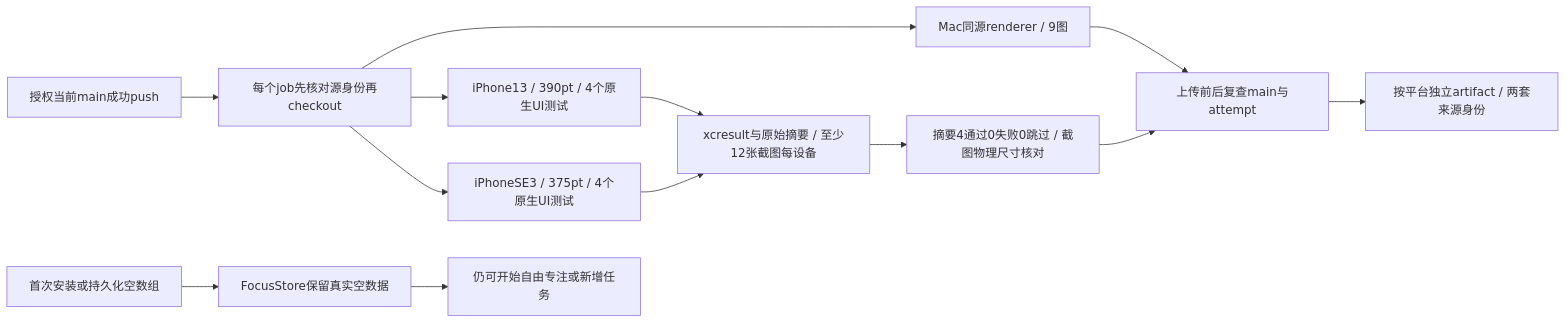
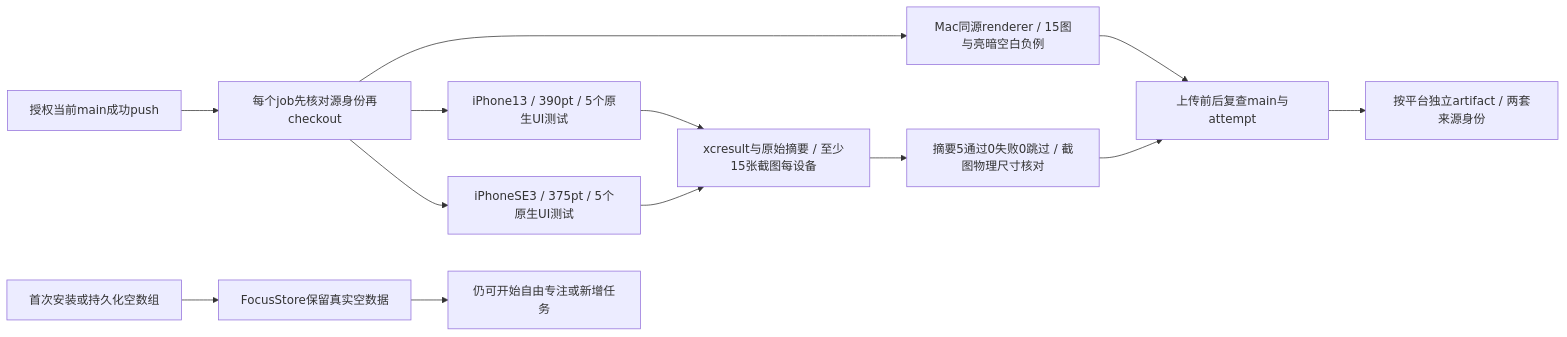
Before and after one commit to Altman-sam114/114: the third of 10 diagrams in md/flow/flowchart.md, drawn with Mermaid. The commit also changed other lines of this file and 22 other files, not shown here.

````diff
--- a/md/flow/flowchart.md
+++ b/md/flow/flowchart.md
@@ -22,15 +39,15 @@
 ```mermaid
 flowchart LR
   SOURCE[授权当前main成功push] --> GATE[每个job先核对源身份再checkout]
-  GATE --> MAC[Mac同源renderer / 9图]
-  GATE --> PHONE1[iPhone13 / 390pt / 4个原生UI测试]
-  GATE --> PHONE2[iPhoneSE3 / 375pt / 4个原生UI测试]
-  PHONE1 --> XC[xcresult与原始摘要 / 至少12张截图每设备]
+  GATE --> MAC[Mac同源renderer / 15图与亮暗空白负例]
+  GATE --> PHONE1[iPhone13 / 390pt / 5个原生UI测试]
+  GATE --> PHONE2[iPhoneSE3 / 375pt / 5个原生UI测试]
+  PHONE1 --> XC[xcresult与原始摘要 / 至少15张截图每设备]
   PHONE2 --> XC
-  XC --> VERIFY[摘要4通过0失败0跳过 / 截图物理尺寸核对]
+  XC --> VERIFY[摘要5通过0失败0跳过 / 截图物理尺寸核对]
   MAC --> FRESH[上传前后复查main与attempt]
   VERIFY --> FRESH
   FRESH --> PACK[按平台独立artifact / 两套来源身份]
   EMPTY[首次安装或持久化空数组] --> STORE[FocusStore保留真实空数据]
   STORE --> FREE[仍可开始自由专注或新增任务]
 ```
````
